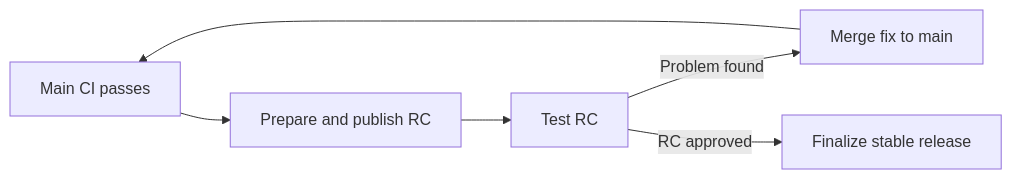
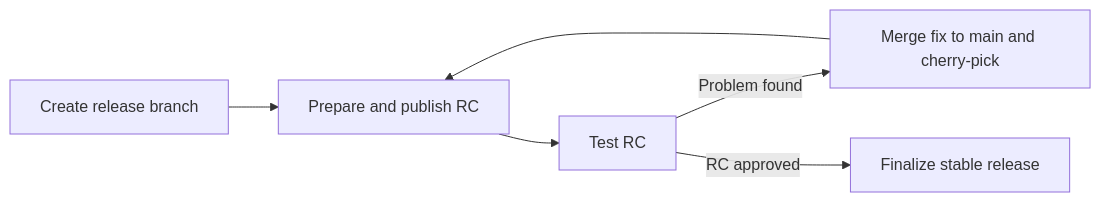
The diagram in docs/contributing/single-host-release.md (superplanehq/superplane), drawn with Mermaid before and after one commit. The commit also changed other lines of this file and 3 other files, not shown here.

````diff
--- a/docs/contributing/single-host-release.md
+++ b/docs/contributing/single-host-release.md
@@ -40,8 +41,8 @@
 ```mermaid
 flowchart LR
-    M[Main CI passes] --> R[Prepare and publish RC]
+    B[Create release branch] --> R[Prepare and publish RC]
     R --> T[Test RC]
-    T -->|Problem found| F[Merge fix to main]
-    F --> M
+    T -->|Problem found| F[Merge fix to main and cherry-pick]
+    F --> R
     T -->|RC approved| S[Finalize stable release]
 ```
````
